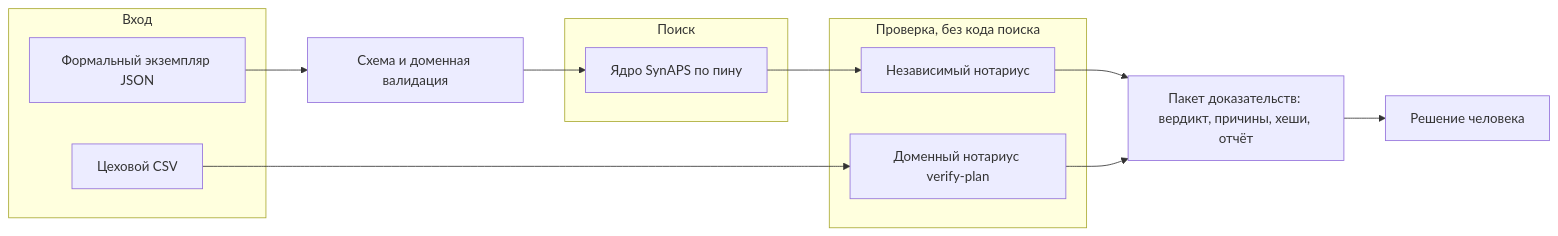
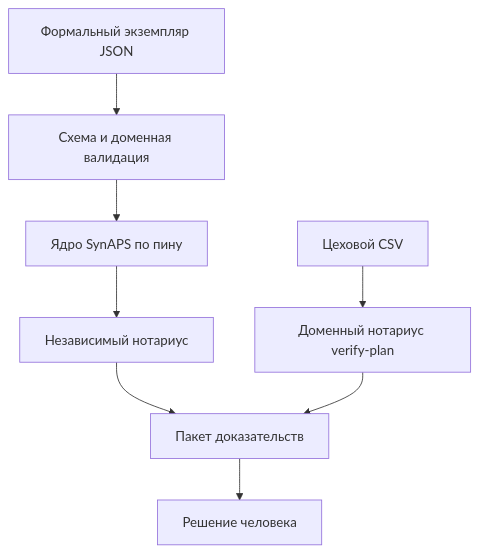
Before and after one commit to KonkovDV/SynAPS-RepairFlow: the diagram in README.md, drawn with Mermaid. The commit also changed other lines of this file and 5 other files, not shown here.

Commit message:
Attest the green push of 93320f1 and stack the boundary diagram. (#98)

````diff
--- a/README.md
+++ b/README.md
@@ -108,19 +108,10 @@
 ```mermaid
-flowchart LR
-    subgraph input["Вход"]
-        P["Формальный экземпляр JSON"]
-        S["Цеховой CSV"]
-    end
-    subgraph search["Поиск"]
-        K["Ядро SynAPS по пину"]
-    end
-    subgraph notary["Проверка, без кода поиска"]
-        N["Независимый нотариус"]
-        D["Доменный нотариус verify-plan"]
-    end
-    P --> V["Схема и доменная валидация"] --> K --> N
-    S --> D
-    N --> E["Пакет доказательств: вердикт, причины, хеши, отчёт"]
+flowchart TB
+    P["Формальный экземпляр JSON"] --> V["Схема и доменная валидация"]
+    V --> K["Ядро SynAPS по пину"]
+    K --> N["Независимый нотариус"]
+    S["Цеховой CSV"] --> D["Доменный нотариус verify-plan"]
+    N --> E["Пакет доказательств"]
     D --> E
     E --> H["Решение человека"]
 ```
````
